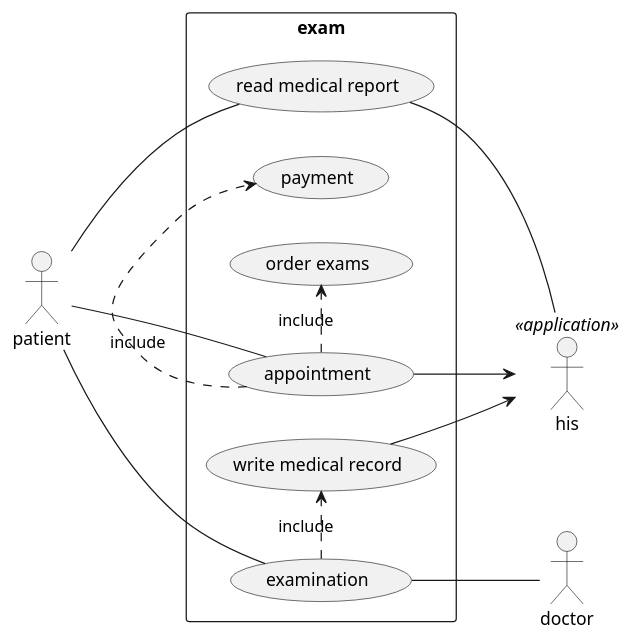
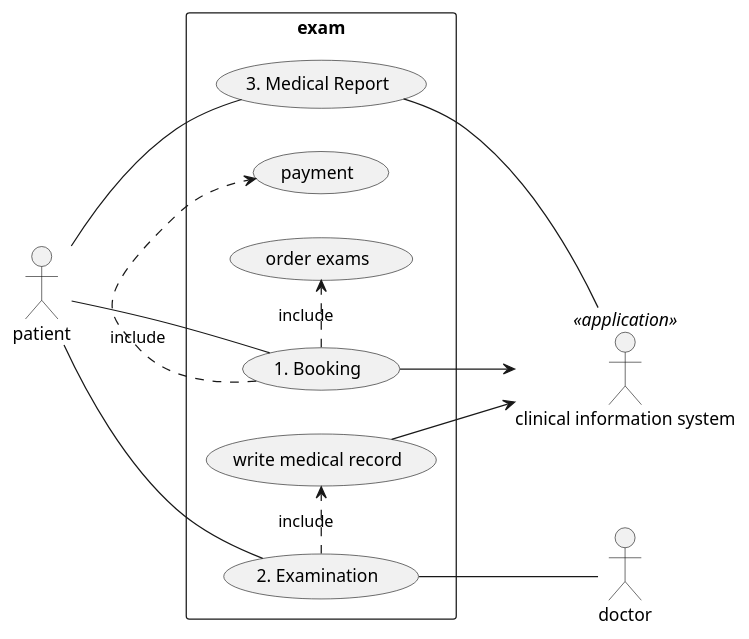
The first of 4 diagrams in README.md (twotwo/microservice-physical-exam), drawn with PlantUML before and after one commit. The commit also changed other lines of this file, not shown here.

Commit message:
Add Domain Models with DB Schema

````diff
--- a/README.md
+++ b/README.md
@@ -8,21 +8,26 @@
 ```plantuml
 @startuml
 left to right direction
 skinparam packageStyle rectangle
 actor patient
 actor doctor
-actor his <<application>>
+actor :clinical information system: as CIS <<application>>
+
 rectangle exam {
-  patient -- (appointment)
-  (appointment) .> (order exams) : include
-  (appointment) .> (payment) : include
-  appointment --> his
+  usecase booking as "1. Booking"
+  usecase examination as "2. Examination"
+  usecase report as "3. Medical Report"
+  
+  patient -- (booking)
+  (booking) .> (order exams) : include
+  (booking) .> (payment) : include
+  booking --> CIS
   patient -- (examination)
   (examination) .> (write medical record) : include
-  (write medical record) --> his
+  (write medical record) --> CIS
   (examination) -- doctor
-  patient -- (read medical report)
-  (read medical report) -- his
+  patient -- (report)
+  (report) -- CIS
 }
 @enduml
 ```
````
